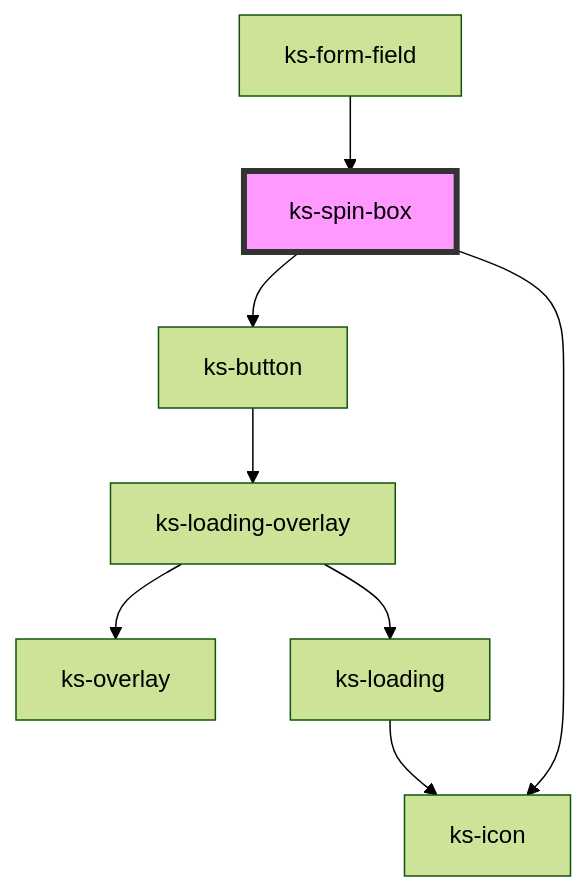
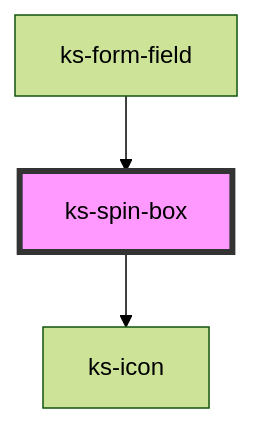
Before and after one commit to kickstand-ui/kickstand-ui: the diagram in src/scripts/components/form-field/spin-box/readme.md, drawn with Mermaid (forest theme). The commit also changed other lines of this file and 5 other files, not shown here.

````diff
--- a/src/scripts/components/form-field/spin-box/readme.md
+++ b/src/scripts/components/form-field/spin-box/readme.md
@@ -57,11 +56,6 @@
 ```mermaid
 graph TD;
-  ks-spin-box --> ks-button
   ks-spin-box --> ks-icon
-  ks-button --> ks-loading-overlay
-  ks-loading-overlay --> ks-overlay
-  ks-loading-overlay --> ks-loading
-  ks-loading --> ks-icon
   ks-form-field --> ks-spin-box
   style ks-spin-box fill:#f9f,stroke:#333,stroke-width:4px
 ```
````
